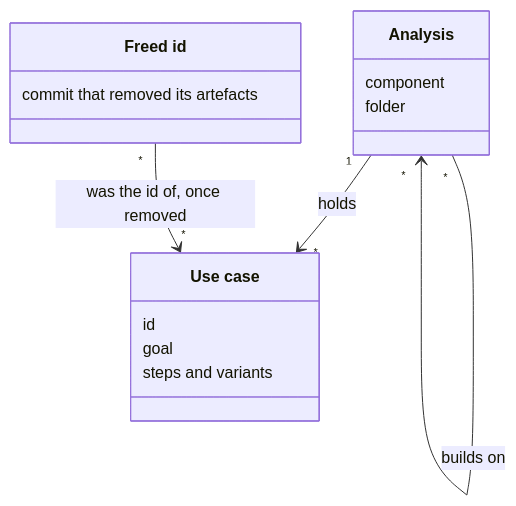
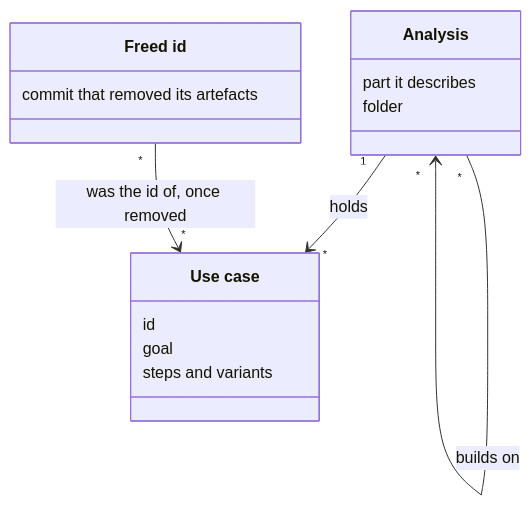
One commit to aleskalfas/project-kit changed the first of 2 diagrams in tech-docs/analysis/software-analysis/domain-model/010-analyses-and-use-cases.md. Above: the diagram before and after it, drawn with Mermaid. The commit also changed other lines of this file and 7 other files, not shown here.

First line of the commit message:
docs: software-analysis's analysis lists the core terms it uses and says what an analysis describes in the core's words

````diff
--- a/tech-docs/analysis/software-analysis/domain-model/010-analyses-and-use-cases.md
+++ b/tech-docs/analysis/software-analysis/domain-model/010-analyses-and-use-cases.md
@@ -28,17 +28,17 @@
 ```mermaid
 classDiagram
   accTitle: Analyses, use cases and their ids
-  accDescr: An analysis describes one component, builds on the analyses of the components it depends on, and holds its use cases. A freed id was the id of removed use cases, journeys or requirements, and names the commit that removed them.
+  accDescr: An analysis describes one part of a project's software, builds on the analyses of the parts that part depends on, and holds its use cases. A freed id was the id of removed use cases, journeys or requirements, and names the commit that removed them.
   class Analysis
-  Analysis : component
+  Analysis : part it describes
   Analysis : folder
   class UseCase["Use case"]
   UseCase : id
   UseCase : goal
   UseCase : steps and variants
   class FreedId["Freed id"]
   FreedId : commit that removed its artefacts
   Analysis "*" --> "*" Analysis : builds on
   Analysis "1" --> "*" UseCase : holds
   FreedId "*" --> "*" UseCase : was the id of, once removed
 ```
````
